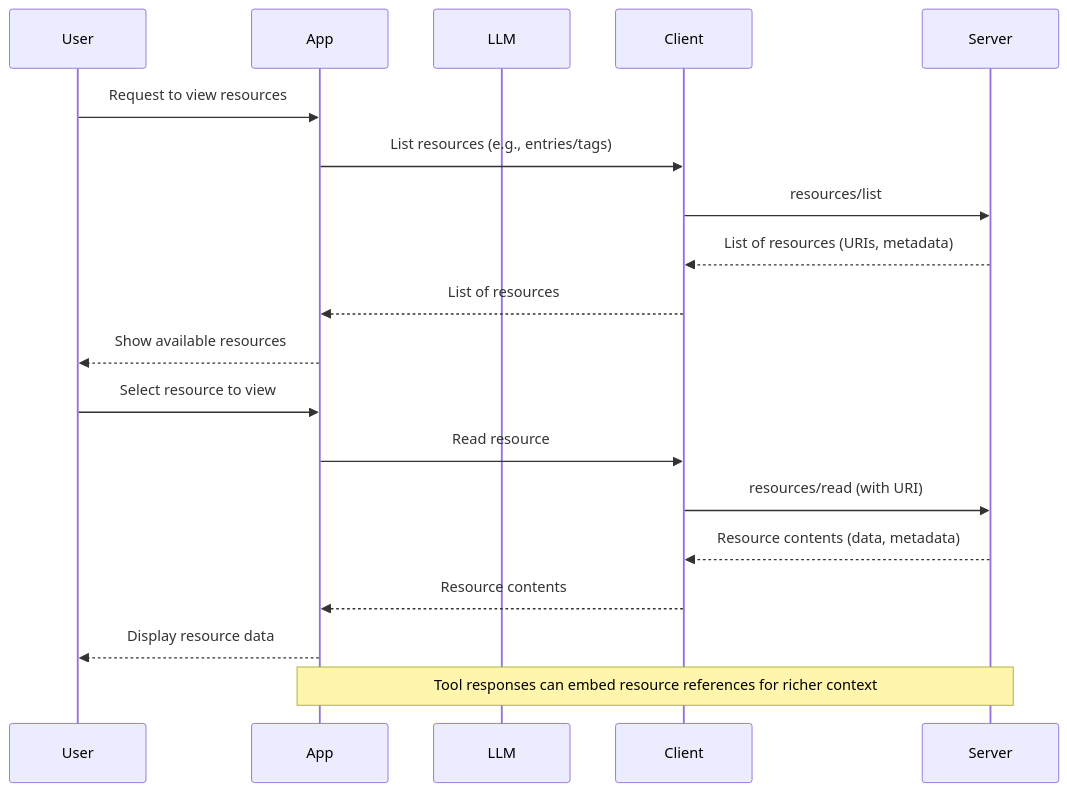
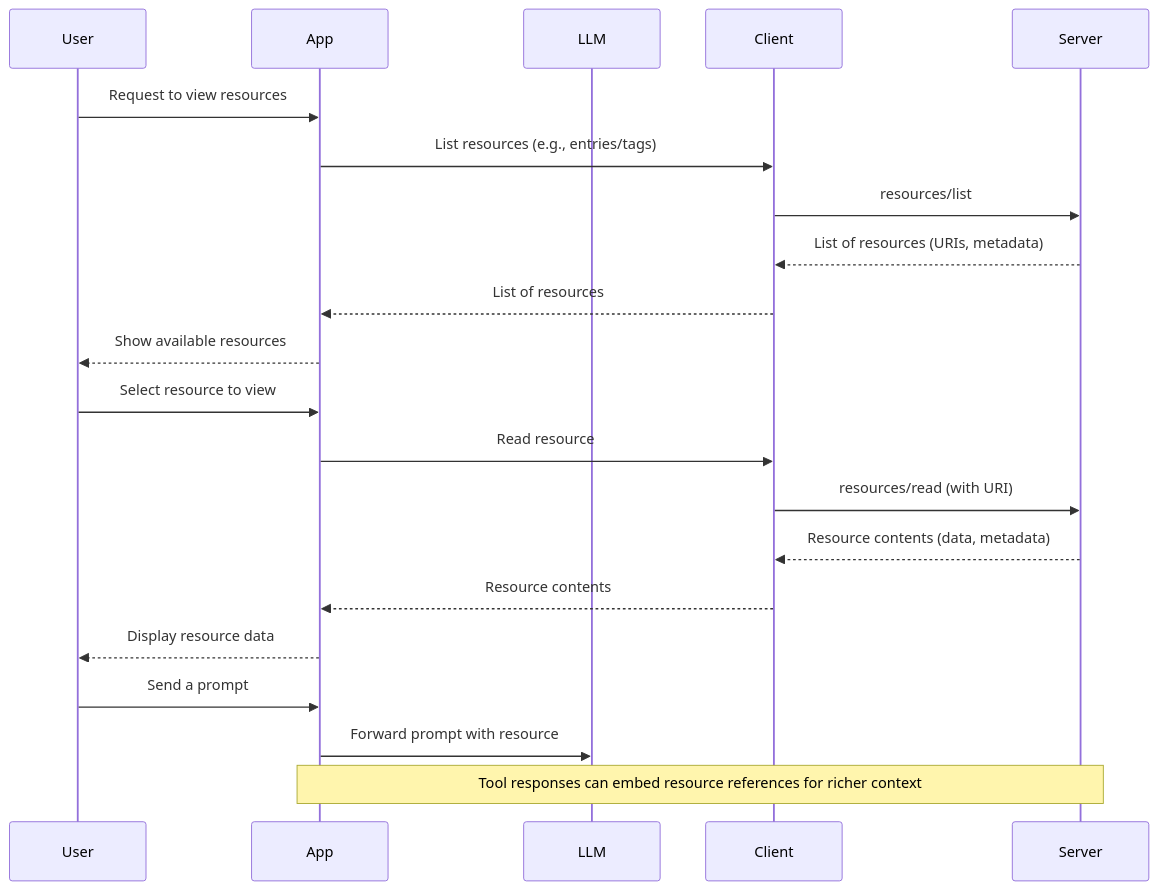
One commit to rubenpenap/mcp-fundamentals changed the diagram in exercises/03.resources/README.mdx. Above: the diagram before and after it, drawn with Mermaid.

Commit message:
improve flow diagram

````diff
--- a/exercises/03.resources/README.mdx
+++ b/exercises/03.resources/README.mdx
@@ -27,21 +27,23 @@
 ```mermaid
 sequenceDiagram
 	participant User
 	participant App
 	participant LLM
 	participant Client
 	participant Server
 	User->>App: Request to view resources
 	App->>Client: List resources (e.g., entries/tags)
 	Client->>Server: resources/list
 	Server-->>Client: List of resources (URIs, metadata)
 	Client-->>App: List of resources
 	App-->>User: Show available resources
 	User->>App: Select resource to view
 	App->>Client: Read resource
 	Client->>Server: resources/read (with URI)
 	Server-->>Client: Resource contents (data, metadata)
 	Client-->>App: Resource contents
 	App-->>User: Display resource data
+	User->>App: Send a prompt
+	App->>LLM: Forward prompt with resource
 	Note over App,Server: Tool responses can embed resource references for richer context
 ```
````
